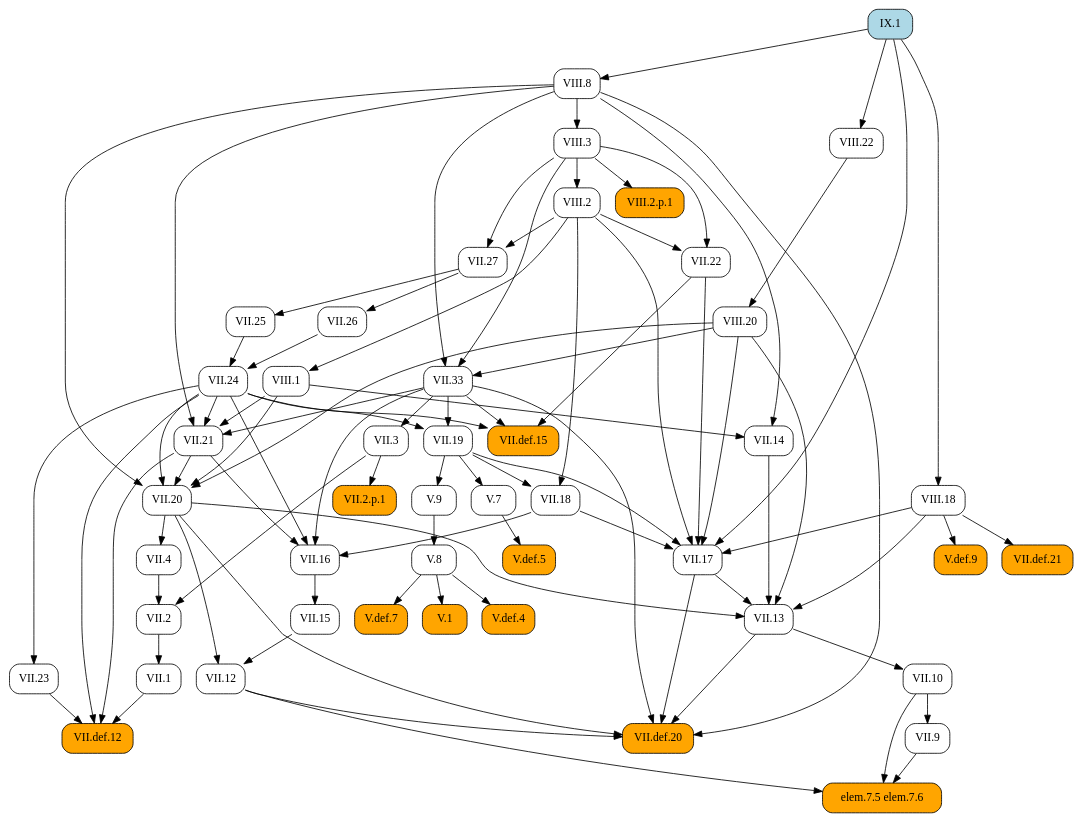
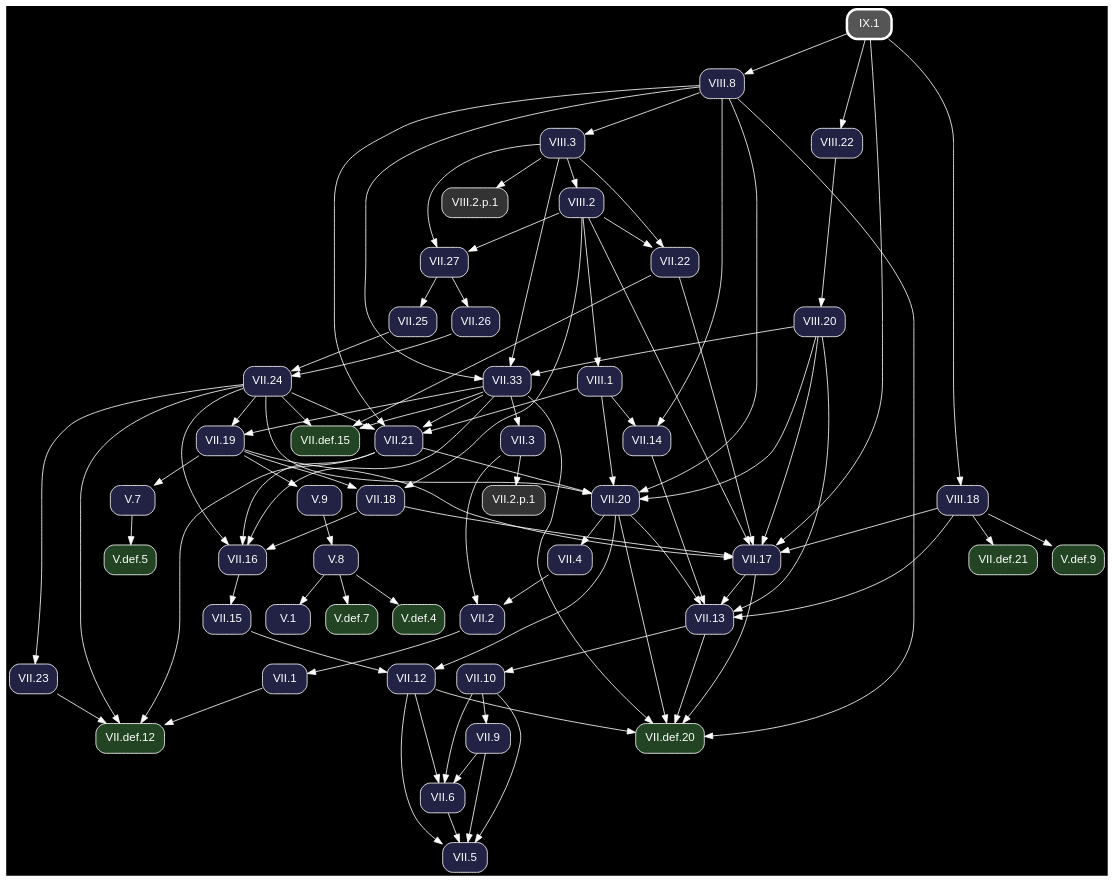
The diagram in docsrc/heath/IX/1/index.rst (geometor/elements), drawn with Graphviz before and after one commit. The commit also changed other lines of this file and 1200 other files, not shown here.

Commit message:
update dependency graphs

```diff
--- a/docsrc/heath/IX/1/index.rst
+++ b/docsrc/heath/IX/1/index.rst
@@ -36,97 +36,64 @@
 .. graphviz::
 
    digraph {
+     bgcolor="black";
+     node [shape=box, style="rounded,filled", fontname="Helvetica", color="white", fontcolor="white"];
+     edge [color="white", fontcolor="white"];
      rankdir="TB";
-     node [shape=box, style=rounded];
-     "VII.33" [URL="/heath/VII/33/", target="_top"];
-     "VII.12" [URL="/heath/VII/12/", target="_top"];
-     "elem.7.5 elem.7.6" [style="rounded,filled", fillcolor=orange];
-     "VIII.20" [URL="/heath/VIII/20/", target="_top"];
-     "VII.9" [URL="/heath/VII/9/", target="_top"];
-     "VIII.2" [URL="/heath/VIII/2/", target="_top"];
-     "VII.18" [URL="/heath/VII/18/", target="_top"];
-     "VII.16" [URL="/heath/VII/16/", target="_top"];
-     "V.7" [URL="/heath/V/7/", target="_top"];
-     "VII.26" [URL="/heath/VII/26/", target="_top"];
-     "V.def.5" [style="rounded,filled", fillcolor=orange, URL="/heath/V/def.5/", target="_top"];
-     "V.9" [URL="/heath/V/9/", target="_top"];
-     "VIII.8" [URL="/heath/VIII/8/", target="_top"];
-     "VII.10" [URL="/heath/VII/10/", target="_top"];
-     "VIII.3" [URL="/heath/VIII/3/", target="_top"];
-     "VII.13" [URL="/heath/VII/13/", target="_top"];
-     "VIII.18" [URL="/heath/VIII/18/", target="_top"];
-     "VII.def.15" [style="rounded,filled", fillcolor=orange, URL="/heath/VII/def.15/", target="_top"];
-     "IX.1" [style="rounded,filled", fillcolor=lightblue, URL="/heath/IX/1/", target="_top"];
-     "VII.17" [URL="/heath/VII/17/", target="_top"];
-     "VII.19" [URL="/heath/VII/19/", target="_top"];
-     "VIII.2.p.1" [style="rounded,filled", fillcolor=orange];
-     "VII.2" [URL="/heath/VII/2/", target="_top"];
-     "VII.def.20" [style="rounded,filled", fillcolor=orange, URL="/heath/VII/def.20/", target="_top"];
-     "VII.2.p.1" [style="rounded,filled", fillcolor=orange];
-     "VII.15" [URL="/heath/VII/15/", target="_top"];
-     "V.def.4" [style="rounded,filled", fillcolor=orange, URL="/heath/V/def.4/", target="_top"];
-     "VIII.22" [URL="/heath/VIII/22/", target="_top"];
-     "V.def.7" [style="rounded,filled", fillcolor=orange, URL="/heath/V/def.7/", target="_top"];
-     "VII.14" [URL="/heath/VII/14/", target="_top"];
-     "VII.27" [URL="/heath/VII/27/", target="_top"];
-     "VII.21" [URL="/heath/VII/21/", target="_top"];
-     "VII.22" [URL="/heath/VII/22/", target="_top"];
-     "VII.25" [URL="/heath/VII/25/", target="_top"];
-     "VIII.1" [URL="/heath/VIII/1/", target="_top"];
-     "VII.1" [URL="/heath/VII/1/", target="_top"];
-     "V.8" [URL="/heath/V/8/", target="_top"];
-     "VII.23" [URL="/heath/VII/23/", target="_top"];
-     "VII.4" [URL="/heath/VII/4/", target="_top"];
-     "VII.def.12" [style="rounded,filled", fillcolor=orange, URL="/heath/VII/def.12/", target="_top"];
-     "V.1" [style="rounded,filled", fillcolor=orange, URL="/heath/V/1/", target="_top"];
-     "V.def.9" [style="rounded,filled", fillcolor=orange, URL="/heath/V/def.9/", target="_top"];
-     "VII.3" [URL="/heath/VII/3/", target="_top"];
-     "VII.24" [URL="/heath/VII/24/", target="_top"];
-     "VII.20" [URL="/heath/VII/20/", target="_top"];
-     "VII.def.21" [style="rounded,filled", fillcolor=orange, URL="/heath/VII/def.21/", target="_top"];
+     "VII.33" [fillcolor="#222244", URL="/heath/VII/33/", target="_top"];
+     "V.def.5" [fillcolor="#224422", URL="/heath/V/def.5/", target="_top"];
+     "V.def.9" [fillcolor="#224422", URL="/heath/V/def.9/", target="_top"];
+     "VII.18" [fillcolor="#222244", URL="/heath/VII/18/", target="_top"];
+     "VII.2" [fillcolor="#222244", URL="/heath/VII/2/", target="_top"];
+     "IX.1" [penwidth=3, color="white", fillcolor="#555555", URL="/heath/IX/1/", target="_top"];
+     "VII.def.20" [fillcolor="#224422", URL="/heath/VII/def.20/", target="_top"];
+     "VIII.8" [fillcolor="#222244", URL="/heath/VIII/8/", target="_top"];
+     "VII.26" [fillcolor="#222244", URL="/heath/VII/26/", target="_top"];
+     "VII.1" [fillcolor="#222244", URL="/heath/VII/1/", target="_top"];
+     "VII.13" [fillcolor="#222244", URL="/heath/VII/13/", target="_top"];
+     "VIII.2.p.1" [fillcolor="#333333"];
+     "VII.27" [fillcolor="#222244", URL="/heath/VII/27/", target="_top"];
+     "VII.4" [fillcolor="#222244", URL="/heath/VII/4/", target="_top"];
+     "VII.25" [fillcolor="#222244", URL="/heath/VII/25/", target="_top"];
+     "VIII.20" [fillcolor="#222244", URL="/heath/VIII/20/", target="_top"];
+     "VIII.22" [fillcolor="#222244", URL="/heath/VIII/22/", target="_top"];
+     "VII.21" [fillcolor="#222244", URL="/heath/VII/21/", target="_top"];
+     "VII.9" [fillcolor="#222244", URL="/heath/VII/9/", target="_top"];
+     "V.7" [fillcolor="#222244", URL="/heath/V/7/", target="_top"];
+     "VII.12" [fillcolor="#222244", URL="/heath/VII/12/", target="_top"];
+     "V.9" [fillcolor="#222244", URL="/heath/V/9/", target="_top"];
+     "VII.17" [fillcolor="#222244", URL="/heath/VII/17/", target="_top"];
+     "VII.24" [fillcolor="#222244", URL="/heath/VII/24/", target="_top"];
+     "VII.22" [fillcolor="#222244", URL="/heath/VII/22/", target="_top"];
+     "VIII.2" [fillcolor="#222244", URL="/heath/VIII/2/", target="_top"];
+     "V.def.7" [fillcolor="#224422", URL="/heath/V/def.7/", target="_top"];
+     "VII.20" [fillcolor="#222244", URL="/heath/VII/20/", target="_top"];
+     "V.def.4" [fillcolor="#224422", URL="/heath/V/def.4/", target="_top"];
+     "VIII.18" [fillcolor="#222244", URL="/heath/VIII/18/", target="_top"];
+     "VII.5" [fillcolor="#222244", URL="/heath/VII/5/", target="_top"];
+     "VII.def.15" [fillcolor="#224422", URL="/heath/VII/def.15/", target="_top"];
+     "VIII.3" [fillcolor="#222244", URL="/heath/VIII/3/", target="_top"];
+     "VII.2.p.1" [fillcolor="#333333"];
+     "VII.6" [fillcolor="#222244", URL="/heath/VII/6/", target="_top"];
+     "VII.16" [fillcolor="#222244", URL="/heath/VII/16/", target="_top"];
+     "VII.15" [fillcolor="#222244", URL="/heath/VII/15/", target="_top"];
+     "V.1" [fillcolor="#222244", URL="/heath/V/1/", target="_top"];
+     "VII.10" [fillcolor="#222244", URL="/heath/VII/10/", target="_top"];
+     "VII.23" [fillcolor="#222244", URL="/heath/VII/23/", target="_top"];
+     "VII.def.12" [fillcolor="#224422", URL="/heath/VII/def.12/", target="_top"];
+     "VII.def.21" [fillcolor="#224422", URL="/heath/VII/def.21/", target="_top"];
+     "VII.19" [fillcolor="#222244", URL="/heath/VII/19/", target="_top"];
+     "VIII.1" [fillcolor="#222244", URL="/heath/VIII/1/", target="_top"];
+     "V.8" [fillcolor="#222244", URL="/heath/V/8/", target="_top"];
+     "VII.3" [fillcolor="#222244", URL="/heath/VII/3/", target="_top"];
+     "VII.14" [fillcolor="#222244", URL="/heath/VII/14/", target="_top"];
      "VIII.3" -> "VII.33";
      "VIII.8" -> "VII.33";
      "VIII.20" -> "VII.33";
-     "VII.15" -> "VII.12";
-     "VII.20" -> "VII.12";
-     "VII.9" -> "elem.7.5 elem.7.6";
-     "VII.10" -> "elem.7.5 elem.7.6";
-     "VII.12" -> "elem.7.5 elem.7.6";
-     "VIII.22" -> "VIII.20";
-     "VII.10" -> "VII.9";
-     "VIII.3" -> "VIII.2";
+     "V.7" -> "V.def.5";
+     "VIII.18" -> "V.def.9";
      "VII.19" -> "VII.18";
      "VIII.2" -> "VII.18";
-     "VII.18" -> "VII.16";
-     "VII.21" -> "VII.16";
-     "VII.24" -> "VII.16";
-     "VII.33" -> "VII.16";
-     "VII.19" -> "V.7";
-     "VII.27" -> "VII.26";
-     "V.7" -> "V.def.5";
-     "VII.19" -> "V.9";
-     "IX.1" -> "VIII.8";
-     "VII.13" -> "VII.10";
-     "VIII.8" -> "VIII.3";
-     "VII.14" -> "VII.13";
-     "VII.17" -> "VII.13";
-     "VII.20" -> "VII.13";
-     "VIII.18" -> "VII.13";
-     "VIII.20" -> "VII.13";
-     "IX.1" -> "VIII.18";
-     "VII.22" -> "VII.def.15";
-     "VII.24" -> "VII.def.15";
-     "VII.33" -> "VII.def.15";
-     "VII.18" -> "VII.17";
-     "VII.19" -> "VII.17";
-     "VII.22" -> "VII.17";
-     "VIII.2" -> "VII.17";
-     "VIII.18" -> "VII.17";
-     "VIII.20" -> "VII.17";
-     "IX.1" -> "VII.17";
-     "VII.24" -> "VII.19";
-     "VII.33" -> "VII.19";
-     "VIII.3" -> "VIII.2.p.1";
      "VII.3" -> "VII.2";
      "VII.4" -> "VII.2";
      "VII.12" -> "VII.def.20";
@@ -135,40 +102,80 @@
      "VII.20" -> "VII.def.20";
      "VII.33" -> "VII.def.20";
      "VIII.8" -> "VII.def.20";
-     "VII.3" -> "VII.2.p.1";
-     "VII.16" -> "VII.15";
-     "V.8" -> "V.def.4";
-     "IX.1" -> "VIII.22";
-     "V.8" -> "V.def.7";
-     "VIII.1" -> "VII.14";
-     "VIII.8" -> "VII.14";
+     "IX.1" -> "VIII.8";
+     "VII.27" -> "VII.26";
+     "VII.2" -> "VII.1";
+     "VII.14" -> "VII.13";
+     "VII.17" -> "VII.13";
+     "VII.20" -> "VII.13";
+     "VIII.18" -> "VII.13";
+     "VIII.20" -> "VII.13";
+     "VIII.3" -> "VIII.2.p.1";
      "VIII.2" -> "VII.27";
      "VIII.3" -> "VII.27";
+     "VII.20" -> "VII.4";
+     "VII.27" -> "VII.25";
+     "VIII.22" -> "VIII.20";
+     "IX.1" -> "VIII.22";
      "VII.24" -> "VII.21";
      "VII.33" -> "VII.21";
      "VIII.1" -> "VII.21";
      "VIII.8" -> "VII.21";
+     "VII.10" -> "VII.9";
+     "VII.19" -> "V.7";
+     "VII.15" -> "VII.12";
+     "VII.20" -> "VII.12";
+     "VII.19" -> "V.9";
+     "VII.18" -> "VII.17";
+     "VII.19" -> "VII.17";
+     "VII.22" -> "VII.17";
+     "VIII.2" -> "VII.17";
+     "VIII.18" -> "VII.17";
+     "VIII.20" -> "VII.17";
+     "IX.1" -> "VII.17";
+     "VII.25" -> "VII.24";
+     "VII.26" -> "VII.24";
      "VIII.2" -> "VII.22";
      "VIII.3" -> "VII.22";
-     "VII.27" -> "VII.25";
-     "VIII.2" -> "VIII.1";
-     "VII.2" -> "VII.1";
-     "V.9" -> "V.8";
-     "VII.24" -> "VII.23";
-     "VII.20" -> "VII.4";
-     "VII.1" -> "VII.def.12";
-     "VII.21" -> "VII.def.12";
-     "VII.23" -> "VII.def.12";
-     "VII.24" -> "VII.def.12";
-     "V.8" -> "V.1";
-     "VIII.18" -> "V.def.9";
-     "VII.33" -> "VII.3";
-     "VII.25" -> "VII.24";
-     "VII.26" -> "VII.24";
+     "VIII.3" -> "VIII.2";
+     "V.8" -> "V.def.7";
      "VII.21" -> "VII.20";
      "VII.24" -> "VII.20";
      "VIII.1" -> "VII.20";
      "VIII.8" -> "VII.20";
      "VIII.20" -> "VII.20";
+     "V.8" -> "V.def.4";
+     "IX.1" -> "VIII.18";
+     "VII.6" -> "VII.5";
+     "VII.9" -> "VII.5";
+     "VII.10" -> "VII.5";
+     "VII.12" -> "VII.5";
+     "VII.22" -> "VII.def.15";
+     "VII.24" -> "VII.def.15";
+     "VII.33" -> "VII.def.15";
+     "VIII.8" -> "VIII.3";
+     "VII.3" -> "VII.2.p.1";
+     "VII.9" -> "VII.6";
+     "VII.10" -> "VII.6";
+     "VII.12" -> "VII.6";
+     "VII.18" -> "VII.16";
+     "VII.21" -> "VII.16";
+     "VII.24" -> "VII.16";
+     "VII.33" -> "VII.16";
+     "VII.16" -> "VII.15";
+     "V.8" -> "V.1";
+     "VII.13" -> "VII.10";
+     "VII.24" -> "VII.23";
+     "VII.1" -> "VII.def.12";
+     "VII.21" -> "VII.def.12";
+     "VII.23" -> "VII.def.12";
+     "VII.24" -> "VII.def.12";
      "VIII.18" -> "VII.def.21";
+     "VII.24" -> "VII.19";
+     "VII.33" -> "VII.19";
+     "VIII.2" -> "VIII.1";
+     "V.9" -> "V.8";
+     "VII.33" -> "VII.3";
+     "VIII.1" -> "VII.14";
+     "VIII.8" -> "VII.14";
    }
```
